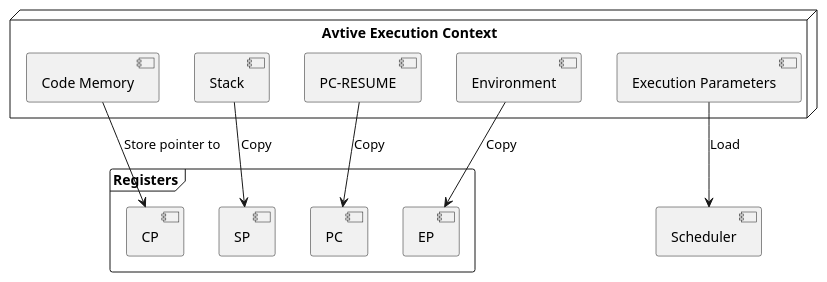
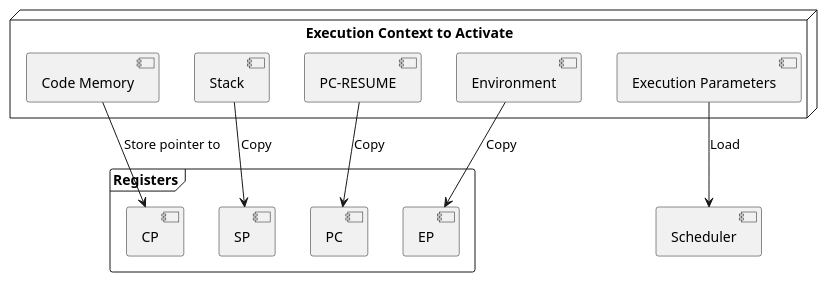
The fourth of 4 diagrams in spec/architecture.md (SynchronVM/SynchronVM), drawn with PlantUML before and after one commit. The commit also changed other lines of this file, not shown here.

````diff
--- a/spec/architecture.md
+++ b/spec/architecture.md
@@ -86,27 +130,27 @@
 ```plantuml
 
 	frame "Registers" { 
 		[PC] 
 	    [SP] 
 		[CP]
 		[EP]
 		
 	}
 	
 	[Scheduler]
 
-	node "Avtive Execution Context" { 
+	node "Execution Context to Activate" { 
 		[Code Memory] 
 		[Stack]
 		[PC-RESUME]
 		[Environment]
 		[Execution Parameters]
 	}
 
     [PC-RESUME] --> [PC] : Copy
 	[Stack] --> [SP] : Copy
 	[Environment] --> [EP] : Copy
 	[Code Memory] --> [CP] : Store pointer to
 	[Execution Parameters] --> [Scheduler] : Load
 	
 ``` 
````
